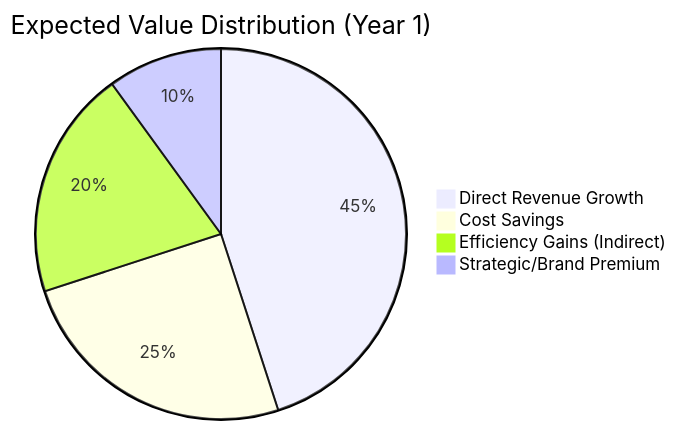
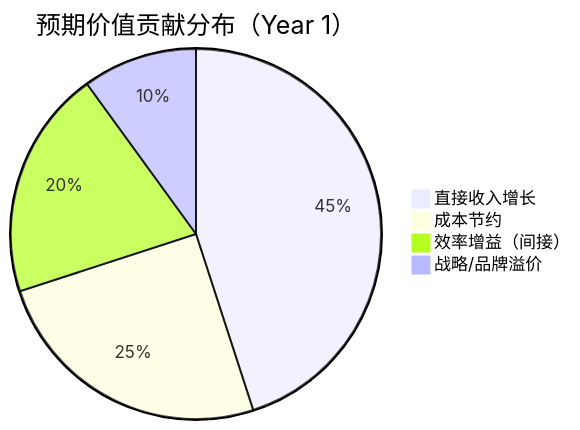
Before and after one commit to Kirky-X/cangjie: the second of 9 diagrams in templates/Product/Strategy/Template-BRD.md, drawn with Mermaid. The commit also changed other lines of this file and 33 other files, not shown here.

````diff
--- a/templates/Product/Strategy/Template-BRD.md
+++ b/templates/Product/Strategy/Template-BRD.md
@@ -142,7 +142,7 @@
 ```mermaid
-pie title Expected Value Distribution (Year 1)
-    "Direct Revenue Growth" : 45
-    "Cost Savings" : 25
-    "Efficiency Gains (Indirect)" : 20
-    "Strategic/Brand Premium" : 10
+pie title 预期价值贡献分布（Year 1）
+    "直接收入增长" : 45
+    "成本节约" : 25
+    "效率增益（间接）" : 20
+    "战略/品牌溢价" : 10
 ```
````
